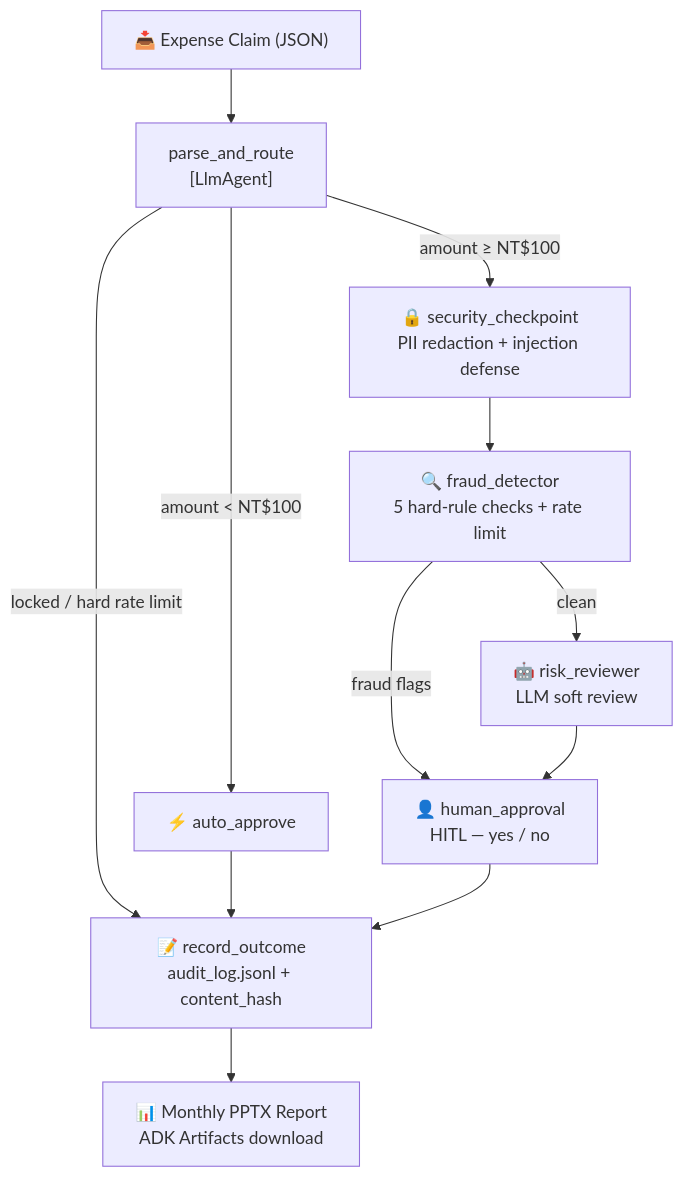
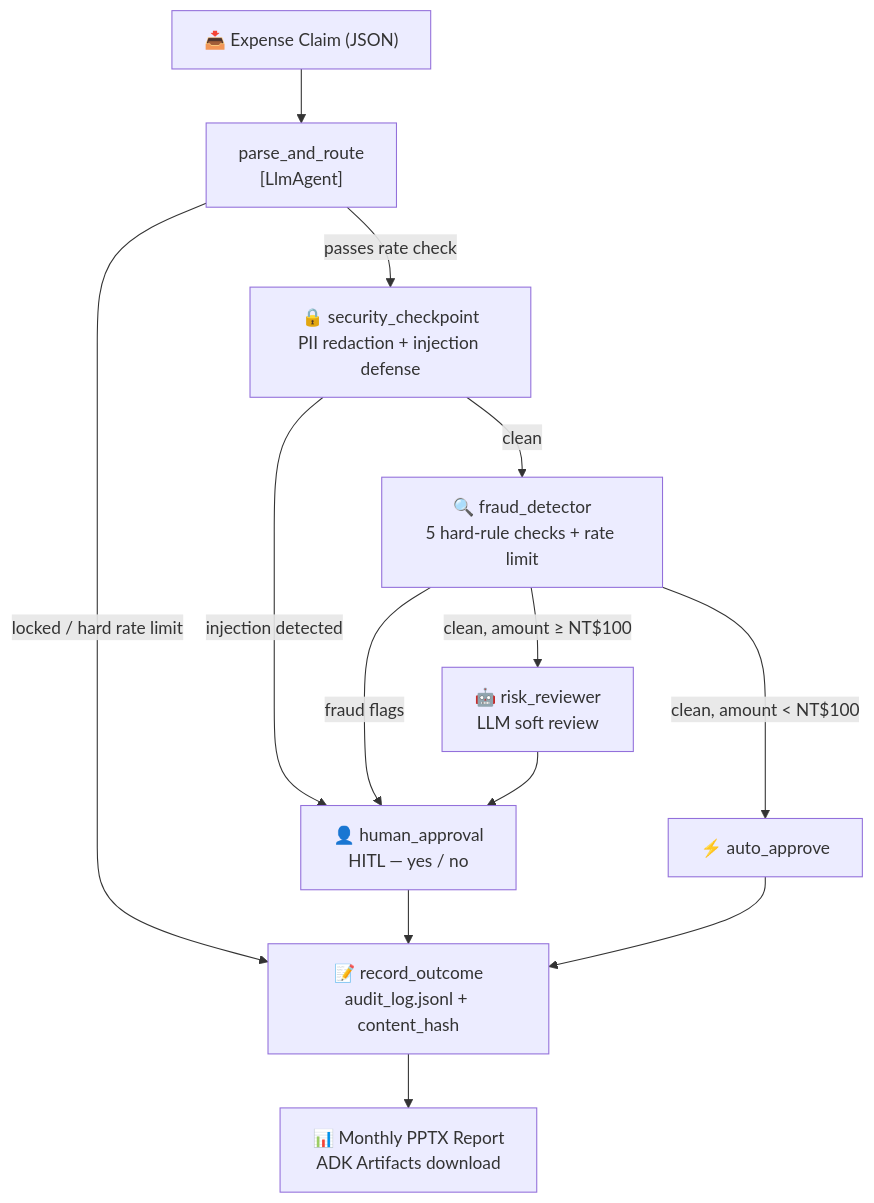
The diagram in README.md (genna-lee/expense-audit-agent), drawn with Mermaid before and after one commit. The commit also changed other lines of this file, not shown here.

Commit message:
fix: correct Mermaid flowchart — auto_approve branches from fraud_detector, not parse_and_route

````diff
--- a/README.md
+++ b/README.md
@@ -34,14 +34,15 @@
 ```mermaid
 flowchart TD
     A["📥 Expense Claim (JSON)"] --> B["parse_and_route\n[LlmAgent]"]
-    B -->|locked / hard rate limit| H
-    B -->|amount < NT$100| C["⚡ auto_approve"]
-    B -->|amount ≥ NT$100| D["🔒 security_checkpoint\nPII redaction + injection defense"]
-    D --> E["🔍 fraud_detector\n5 hard-rule checks + rate limit"]
-    E -->|fraud flags| G["👤 human_approval\nHITL — yes / no"]
-    E -->|clean| F["🤖 risk_reviewer\nLLM soft review"]
+    B -->|locked / hard rate limit| H["📝 record_outcome\naudit_log.jsonl + content_hash"]
+    B -->|passes rate check| D["🔒 security_checkpoint\nPII redaction + injection defense"]
+    D -->|injection detected| G["👤 human_approval\nHITL — yes / no"]
+    D -->|clean| E["🔍 fraud_detector\n5 hard-rule checks + rate limit"]
+    E -->|fraud flags| G
+    E -->|"clean, amount ≥ NT$100"| F["🤖 risk_reviewer\nLLM soft review"]
+    E -->|"clean, amount < NT$100"| C["⚡ auto_approve"]
     F --> G
-    C --> H["📝 record_outcome\naudit_log.jsonl + content_hash"]
+    C --> H
     G --> H
     H --> I["📊 Monthly PPTX Report\nADK Artifacts download"]
 ```
````
